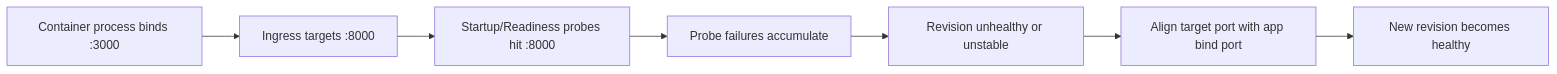
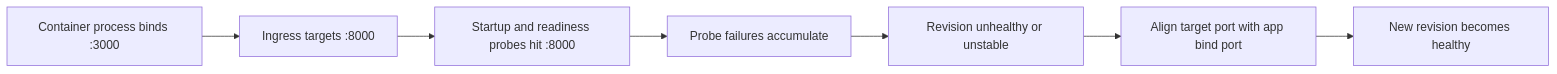
One commit to yeongseon/azure-container-apps-practical-guide changed the diagram in docs/troubleshooting/lab-guides/probe-and-port-mismatch.md. Above: the diagram before and after it, drawn with Mermaid. The commit also changed other lines of this file and 24 other files, not shown here.

````diff
--- a/docs/troubleshooting/lab-guides/probe-and-port-mismatch.md
+++ b/docs/troubleshooting/lab-guides/probe-and-port-mismatch.md
@@ -68,9 +23,9 @@
 ```mermaid
 flowchart LR
     A[Container process binds :3000] --> B[Ingress targets :8000]
-    B --> C[Startup/Readiness probes hit :8000]
+    B --> C[Startup and readiness probes hit :8000]
     C --> D[Probe failures accumulate]
     D --> E[Revision unhealthy or unstable]
     E --> F[Align target port with app bind port]
     F --> G[New revision becomes healthy]
 ```
````
